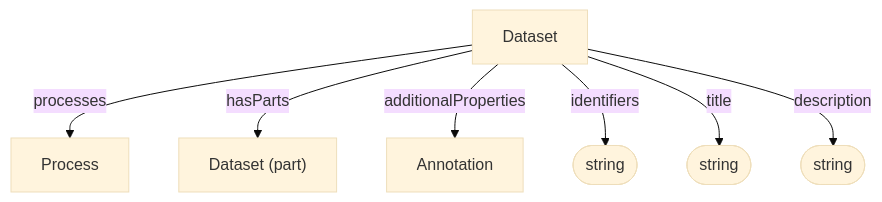
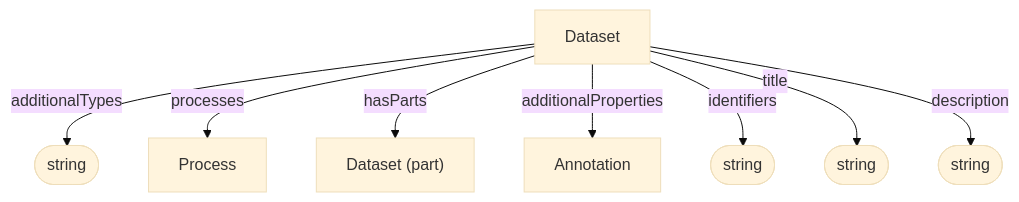
Before and after one commit to HLWeil/ARC-base-model: the diagram in docs/spec/process_provenance/Dataset.md, drawn with Mermaid (base theme). The commit also changed other lines of this file and 25 other files, not shown here.

````diff
--- a/docs/spec/process_provenance/Dataset.md
+++ b/docs/spec/process_provenance/Dataset.md
@@ -37,15 +37,18 @@
 ```mermaid
 flowchart TD
+
+    additionalTypes@{ shape: stadium, label: "string" }
 
     id@{ shape: stadium, label: "string" }
     na@{ shape: stadium, label: "string" }
     de@{ shape: stadium, label: "string" }
 
     d[Dataset]
+    d --additionalTypes--> additionalTypes
     d --processes--> Process
     d --hasParts--> part["Dataset (part)"]
     d --additionalProperties--> Annotation
     d --identifiers--> id
     d --title--> na
     d --description--> de
 ```
````
